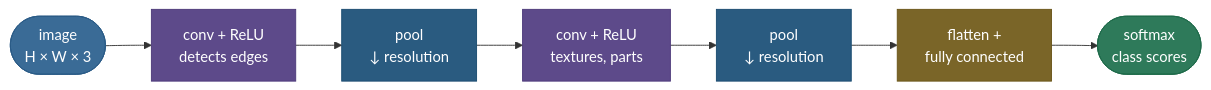
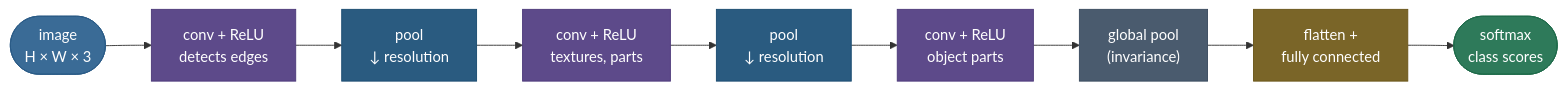
Before and after one commit to sudhir13s/AI-ML-learning-resources: the first of 2 diagrams in 05. Deep_Learning/concepts/13-CNNs-and-Convolution.md, drawn with Mermaid. The commit also changed other lines of this file and 6 other files, not shown here.

````diff
--- a/05. Deep_Learning/concepts/13-CNNs-and-Convolution.md
+++ b/05. Deep_Learning/concepts/13-CNNs-and-Convolution.md
@@ -119,15 +394,18 @@
 ```mermaid
 graph LR
     I(["image<br/>H × W × 3"]):::data --> C1["conv + ReLU<br/>detects edges"]:::process
     C1 --> P1["pool<br/>↓ resolution"]:::navy
     P1 --> C2["conv + ReLU<br/>textures, parts"]:::process
     C2 --> P2["pool<br/>↓ resolution"]:::navy
-    P2 --> F["flatten +<br/>fully connected"]:::amber
+    P2 --> C3["conv + ReLU<br/>object parts"]:::process
+    C3 --> GP["global pool<br/>(invariance)"]:::frozen
+    GP --> F["flatten +<br/>fully connected"]:::amber
     F --> O(["softmax<br/>class scores"]):::out
 
     classDef data fill:#3A6B96,stroke:#2A5B86,color:#fff
     classDef process fill:#5D4A8A,stroke:#4D3A7A,color:#fff
     classDef navy fill:#2A5B80,stroke:#1A4B70,color:#fff
+    classDef frozen fill:#4A5B6E,stroke:#3A4B5E,color:#fff
     classDef amber fill:#7A6528,stroke:#6A5518,color:#fff
     classDef out fill:#2E7A5A,stroke:#1E6A4A,color:#fff
 ```
````
